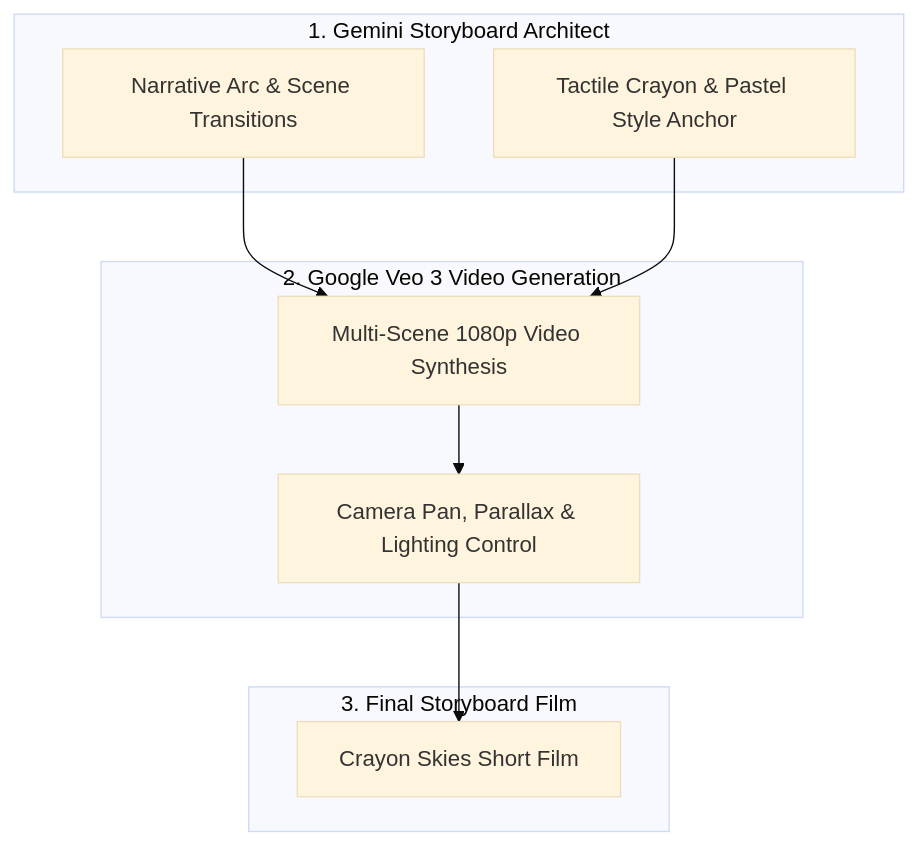
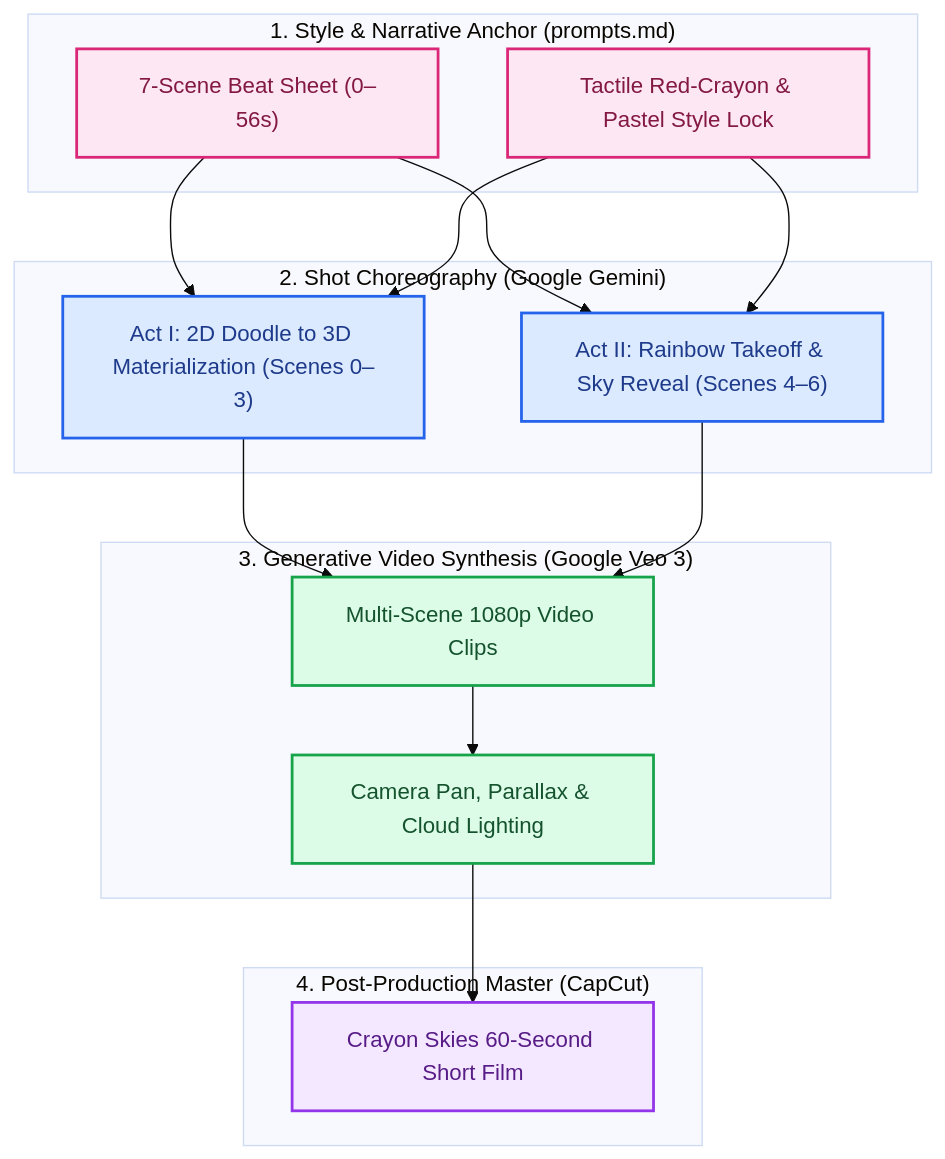
Before and after one commit to RobinaMirbahar/crayon-skies-veo3: the diagram in README.md, drawn with Mermaid (base theme). The commit also changed other lines of this file, not shown here.

Commit message:
docs: upgrade Crayon Skies README with 3-line Author header, colorful Mermaid, and 3-column Scene Matrix

````diff
--- a/README.md
+++ b/README.md
@@ -28,15 +30,27 @@
 ```mermaid
 flowchart TD
-    subgraph Story ["1. Gemini Storyboard Architect"]
-        S_Beat["Narrative Arc & Scene Transitions"]
-        S_Style["Tactile Crayon & Pastel Style Anchor"]
+    subgraph Story ["1. Style & Narrative Anchor (prompts.md)"]
+        S_Beat["7-Scene Beat Sheet (0–56s)"]
+        S_Style["Tactile Red-Crayon & Pastel Style Lock"]
     end
-    subgraph Veo ["2. Google Veo 3 Video Generation"]
-        V_Clips["Multi-Scene 1080p Video Synthesis"]
-        V_Motion["Camera Pan, Parallax & Lighting Control"]
+    subgraph Gemini ["2. Shot Choreography (Google Gemini)"]
+        G_2D3D["Act I: 2D Doodle to 3D Materialization (Scenes 0–3)"]
+        G_Flight["Act II: Rainbow Takeoff & Sky Reveal (Scenes 4–6)"]
     end
-    subgraph Cut ["3. Final Storyboard Film"]
-        C_Film["Crayon Skies Short Film"]
+    subgraph Veo ["3. Generative Video Synthesis (Google Veo 3)"]
+        V_Clips["Multi-Scene 1080p Video Clips"]
+        V_Motion["Camera Pan, Parallax & Cloud Lighting"]
     end
-    S_Beat & S_Style --> V_Clips --> V_Motion --> C_Film
+    subgraph Cut ["4. Post-Production Master (CapCut)"]
+        C_Film["Crayon Skies 60-Second Short Film"]
+    end
+    S_Beat & S_Style --> G_2D3D & G_Flight --> V_Clips --> V_Motion --> C_Film
+
+    style S_Beat fill:#fce7f3,stroke:#db2777,stroke-width:2px,color:#831843
+    style S_Style fill:#fce7f3,stroke:#db2777,stroke-width:2px,color:#831843
+    style G_2D3D fill:#dbeafe,stroke:#2563eb,stroke-width:2px,color:#1e3a8a
+    style G_Flight fill:#dbeafe,stroke:#2563eb,stroke-width:2px,color:#1e3a8a
+    style V_Clips fill:#dcfce7,stroke:#16a34a,stroke-width:2px,color:#14532d
+    style V_Motion fill:#dcfce7,stroke:#16a34a,stroke-width:2px,color:#14532d
+    style C_Film fill:#f3e8ff,stroke:#9333ea,stroke-width:2px,color:#581c87
 ```
````
